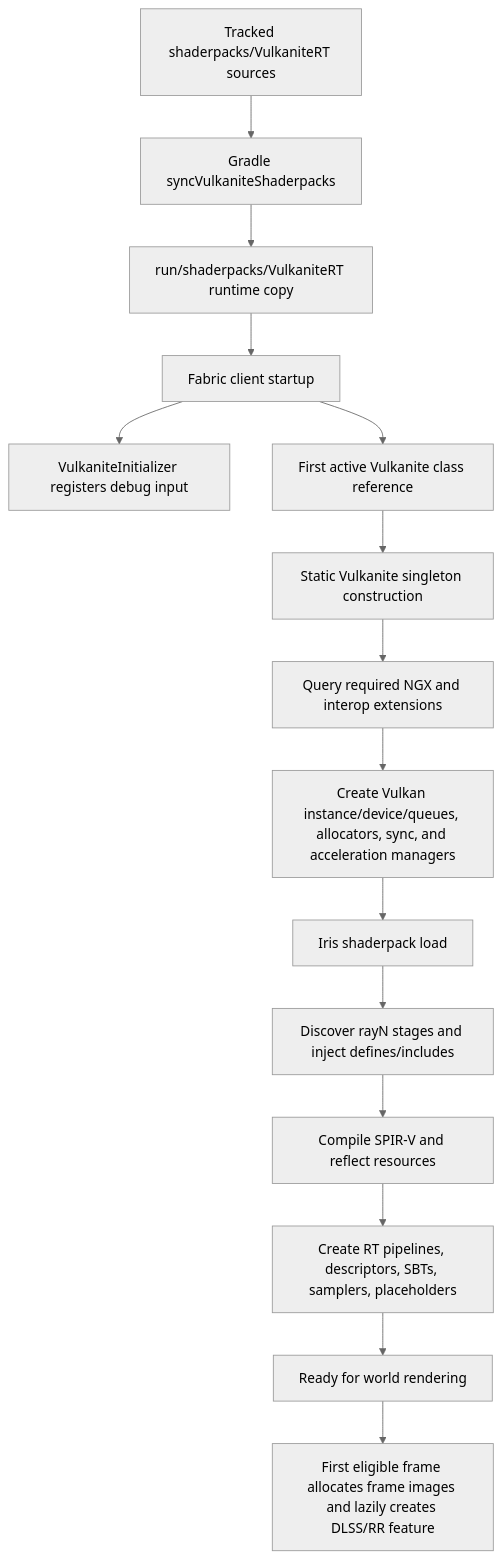
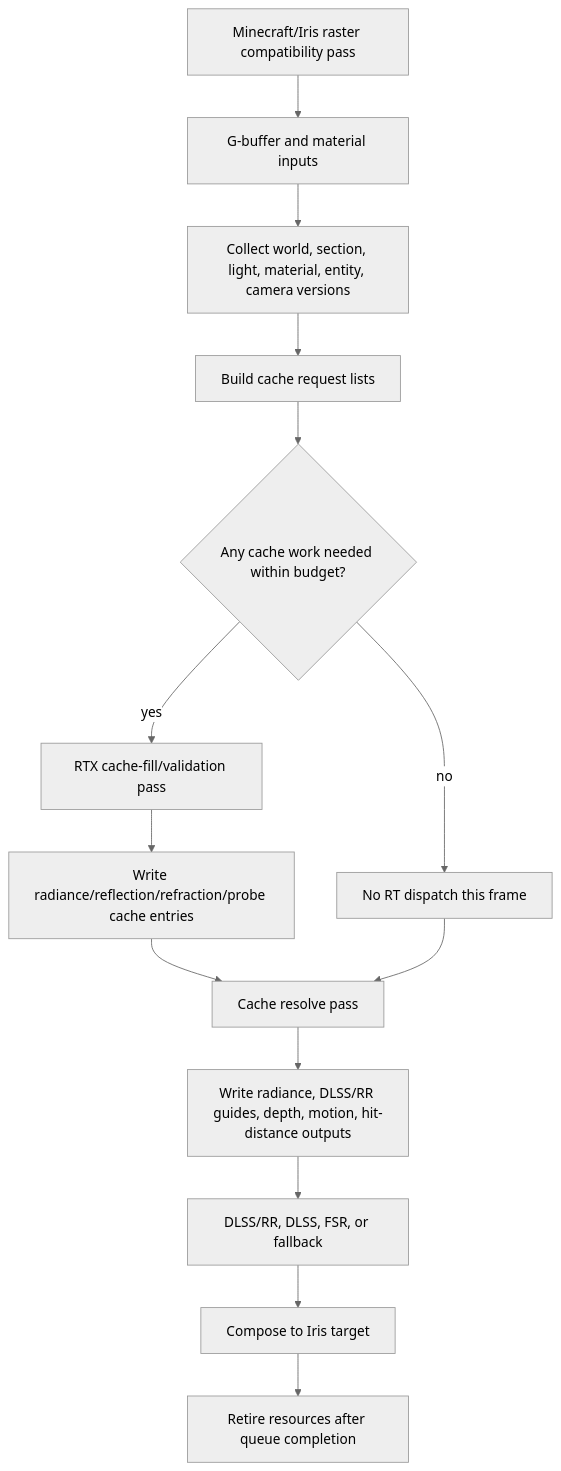
One commit to MikeStahp/vulkanite-1.20.1 changed the diagram in plans/OPTIMIZATION_AGENT_FLOW.md. Above: the diagram before and after it, drawn with Mermaid (neutral theme). The commit also changed other lines of this file, not shown here.

````diff
--- a/plans/OPTIMIZATION_AGENT_FLOW.md
+++ b/plans/OPTIMIZATION_AGENT_FLOW.md
@@ -39,17 +98,16 @@
 ```mermaid
 flowchart TD
-    A[Tracked shaderpacks/VulkaniteRT sources] --> B[Gradle syncVulkaniteShaderpacks]
-    B --> C[run/shaderpacks/VulkaniteRT runtime copy]
-    C --> D[Fabric client startup]
-    D --> E[VulkaniteInitializer registers debug input]
-    D --> F[First active Vulkanite class reference]
-    F --> G[Static Vulkanite singleton construction]
-    G --> H[Query required NGX and interop extensions]
-    H --> I[Create Vulkan instance/device/queues, allocators, sync, and acceleration managers]
-    I --> J[Iris shaderpack load]
-    J --> K[Discover rayN stages and inject defines/includes]
-    K --> L[Compile SPIR-V and reflect resources]
-    L --> M[Create RT pipelines, descriptors, SBTs, samplers, placeholders]
-    M --> N[Ready for world rendering]
-    N --> O[First eligible frame allocates frame images and lazily creates DLSS/RR feature]
+    A[Minecraft/Iris raster compatibility pass] --> B[G-buffer and material inputs]
+    B --> C[Collect world, section, light, material, entity, camera versions]
+    C --> D[Build cache request lists]
+    D --> E{Any cache work needed within budget?}
+    E -->|yes| F[RTX cache-fill/validation pass]
+    F --> G[Write radiance/reflection/refraction/probe cache entries]
+    E -->|no| H[No RT dispatch this frame]
+    G --> I[Cache resolve pass]
+    H --> I
+    I --> J[Write radiance, DLSS/RR guides, depth, motion, hit-distance outputs]
+    J --> K[DLSS/RR, DLSS, FSR, or fallback]
+    K --> L[Compose to Iris target]
+    L --> M[Retire resources after queue completion]
 ```
````
